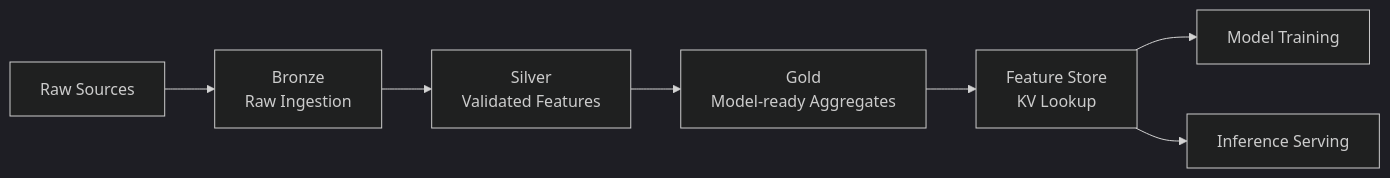
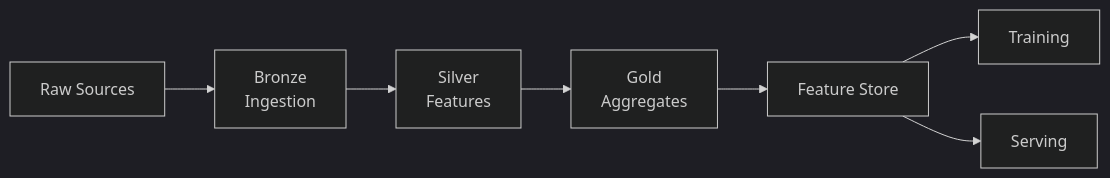
Before and after one commit to huangsam/systology: the diagram in site/content/principles/data-pipelines.md, drawn with Mermaid (dark theme). The commit also changed 3 other files, not shown here.

Commit message:
Shorten a few mermaid LR diagrams

```diff
--- a/site/content/principles/data-pipelines.md
+++ b/site/content/principles/data-pipelines.md
@@ -126,9 +126,9 @@
 {{< mermaid >}}
 graph LR
-    Raw[Raw Sources] --> Bronze[Bronze\nRaw Ingestion]
-    Bronze --> Silver[Silver\nValidated Features]
-    Silver --> Gold[Gold\nModel-ready Aggregates]
-    Gold --> KV[Feature Store\nKV Lookup]
-    KV --> Training[Model Training]
-    KV --> Serving[Inference Serving]
+    Raw[Raw Sources] --> Bronze[Bronze<br>Ingestion]
+    Bronze --> Silver[Silver<br>Features]
+    Silver --> Gold[Gold<br>Aggregates]
+    Gold --> KV[Feature Store]
+    KV --> Training[Training]
+    KV --> Serving[Serving]
 {{< /mermaid >}}
```
